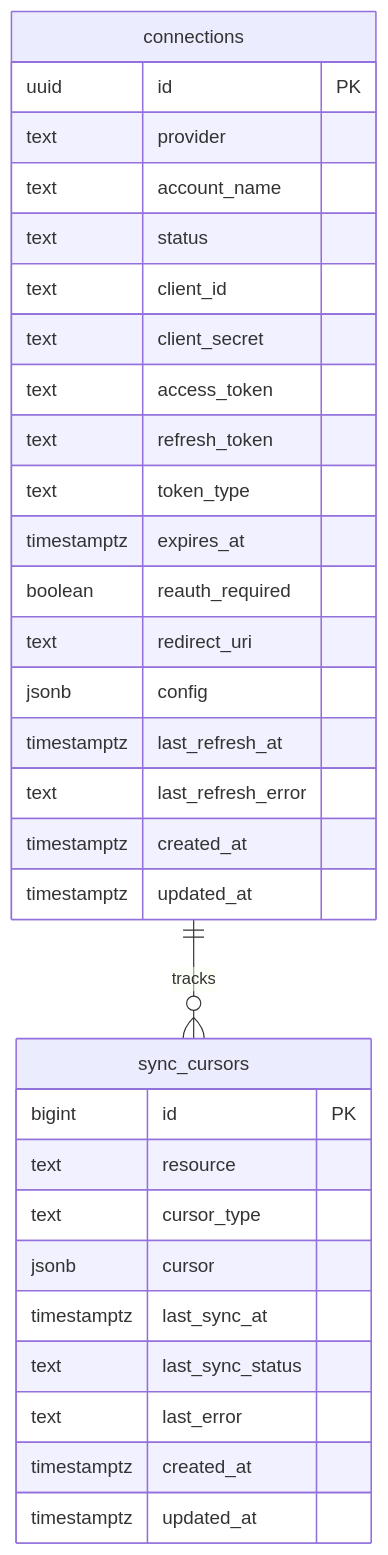
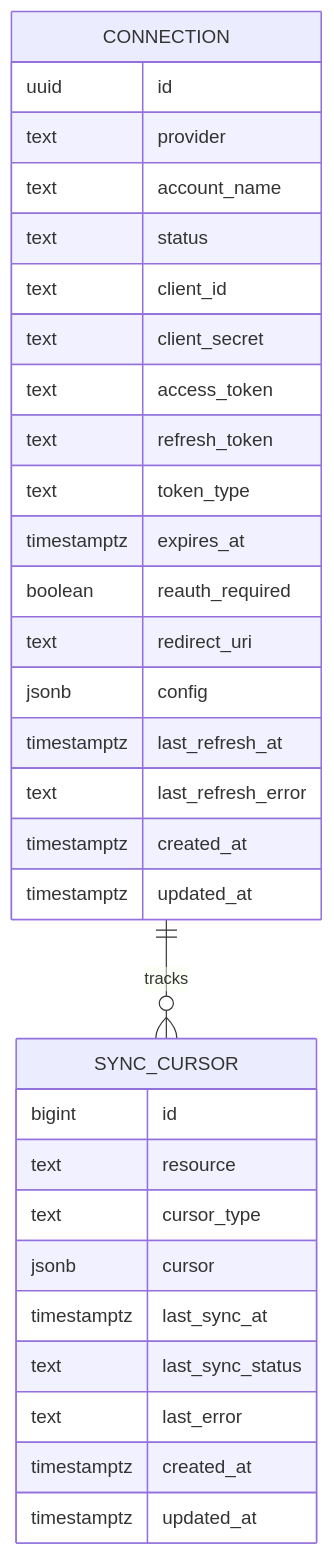
One commit to hcubasd/curly-spoon changed the second of 2 diagrams in README.md. Above: the diagram before and after it, drawn with Mermaid. The commit also changed other lines of this file and 4 other files, not shown here.

Commit message:
normalise ERD entity names to singular uppercase and strip PK/FK annotations

````diff
--- a/README.md
+++ b/README.md
@@ -239,36 +239,36 @@
 ```mermaid
 erDiagram
-    connections {
-        uuid id PK
+    CONNECTION {
+        uuid id
         text provider
         text account_name
         text status
         text client_id
         text client_secret
         text access_token
         text refresh_token
         text token_type
         timestamptz expires_at
         boolean reauth_required
         text redirect_uri
         jsonb config
         timestamptz last_refresh_at
         text last_refresh_error
         timestamptz created_at
         timestamptz updated_at
     }
 
-    sync_cursors {
-        bigint id PK
+    SYNC_CURSOR {
+        bigint id
         text resource
         text cursor_type
         jsonb cursor
         timestamptz last_sync_at
         text last_sync_status
         text last_error
         timestamptz created_at
         timestamptz updated_at
     }
 
-    connections ||--o{ sync_cursors : "tracks"
+    CONNECTION ||--o{ SYNC_CURSOR : "tracks"
 ```
````
